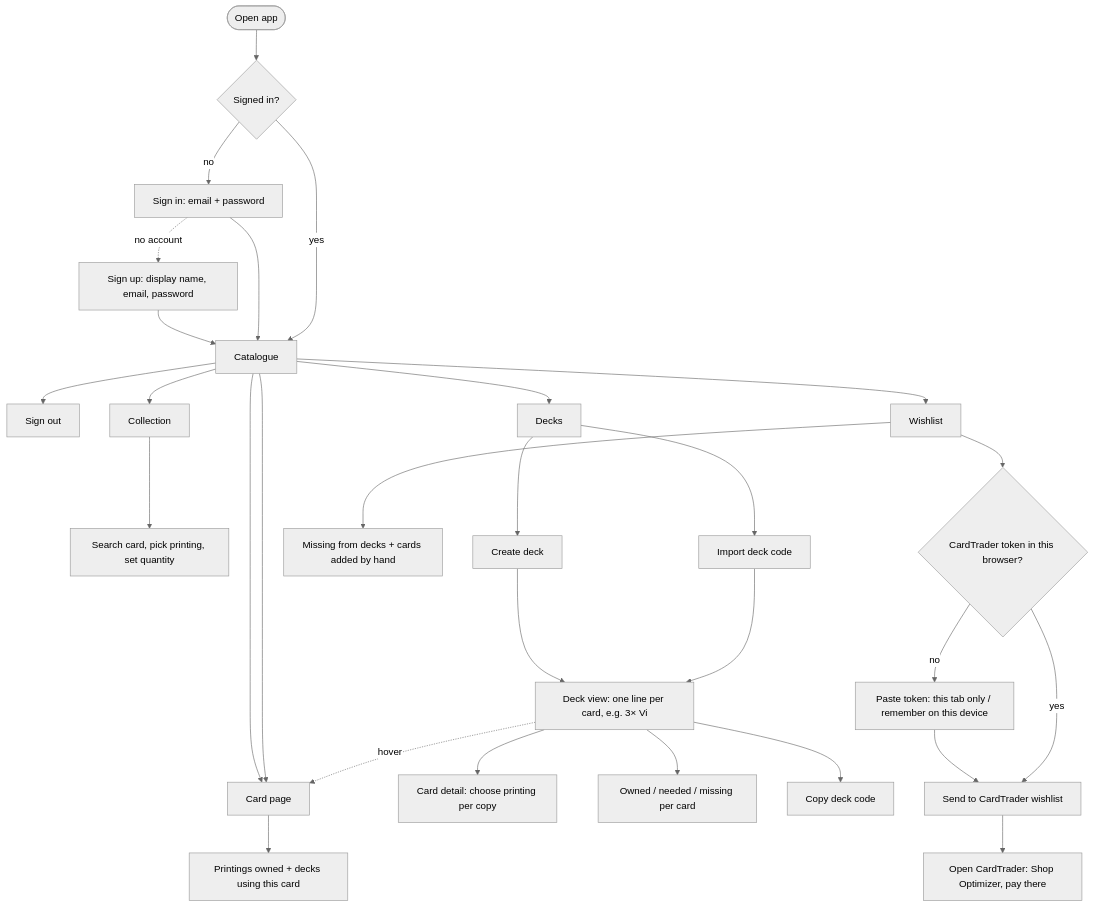
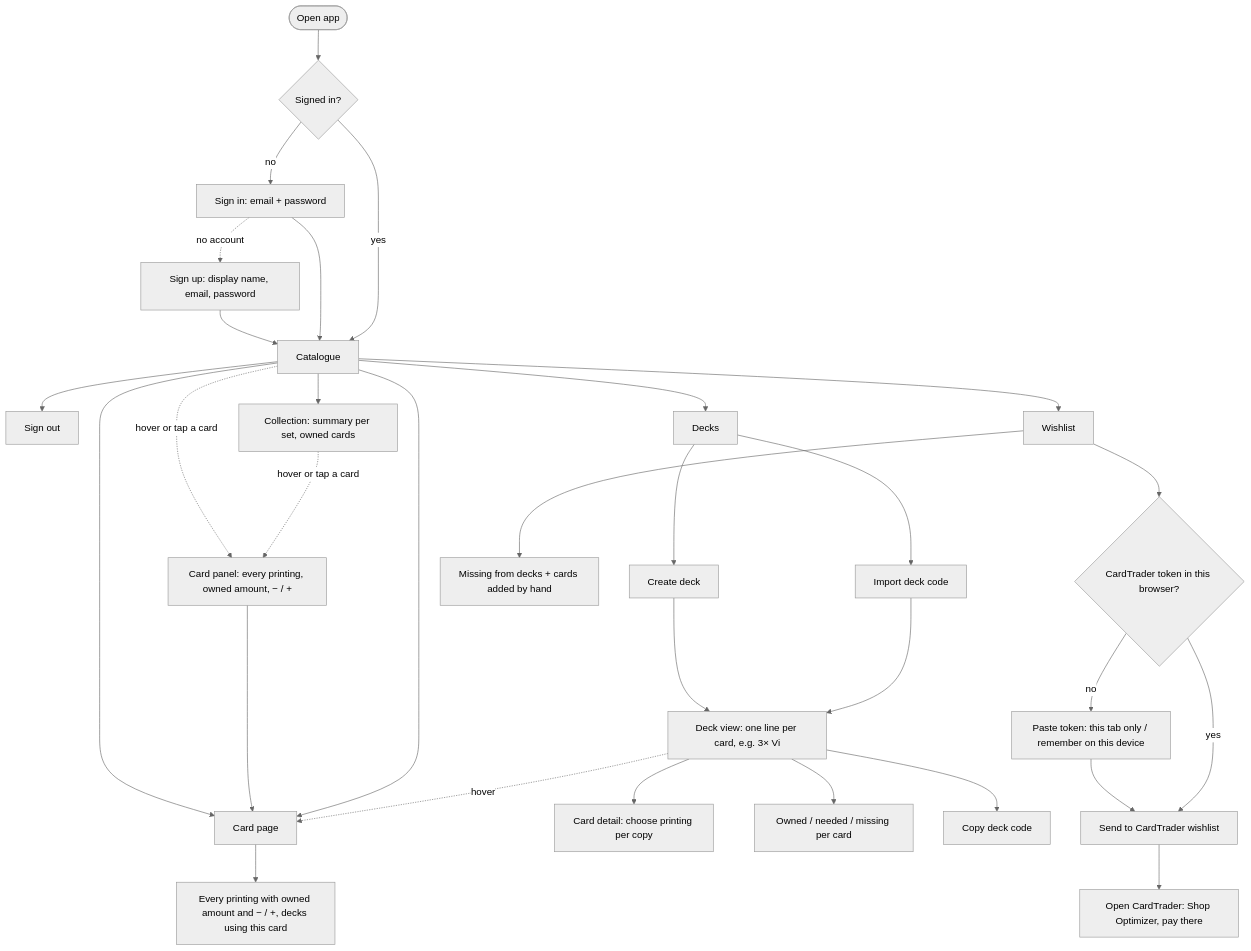
One commit to NichAnti/runebinder changed the diagram in docs/01-user-flows.md. Above: the diagram before and after it, drawn with Mermaid (neutral theme). The commit also changed other lines of this file and 2 other files, not shown here.

Commit message:
Plan Phase 6: collection, card panel and collection page

````diff
--- a/docs/01-user-flows.md
+++ b/docs/01-user-flows.md
@@ -5,36 +5,38 @@
 ```mermaid
 flowchart TD
   Start([Open app]) --> SignedIn{Signed in?}
   SignedIn -- no --> SignIn[Sign in: email + password]
   SignIn -. no account .-> SignUp[Sign up: display name, email, password]
   SignUp --> Home
   SignIn --> Home
   SignedIn -- yes --> Home[Catalogue]
   Home --> SignOut[Sign out]
 
   Home --> CardPage
 
-  Home --> Collection[Collection]
-  Collection --> AddOwned[Search card, pick printing, set quantity]
+  Home --> Collection[Collection: summary per set, owned cards]
+  Home -. hover or tap a card .-> CardPanel[Card panel: every printing, owned amount, − / +]
+  Collection -. hover or tap a card .-> CardPanel
+  CardPanel --> CardPage
 
   Home --> Decks[Decks]
   Decks --> NewDeck[Create deck]
   Decks --> ImportDeck[Import deck code]
   NewDeck --> DeckView
   ImportDeck --> DeckView[Deck view: one line per card, e.g. 3× Vi]
   DeckView --> DeckCardDetail[Card detail: choose printing per copy]
   DeckView --> Status[Owned / needed / missing per card]
   DeckView --> ExportDeck[Copy deck code]
 
   Home --> CardPage[Card page]
   DeckView -. hover .-> CardPage
-  CardPage --> CardInfo[Printings owned + decks using this card]
+  CardPage --> CardInfo[Every printing with owned amount and − / +, decks using this card]
 
   Home --> Wishlist[Wishlist]
   Wishlist --> WishlistContent[Missing from decks + cards added by hand]
   Wishlist --> Send{CardTrader token in this browser?}
   Send -- no --> PasteToken[Paste token: this tab only / remember on this device]
   PasteToken --> Push
   Send -- yes --> Push[Send to CardTrader wishlist]
   Push --> CardTrader[Open CardTrader: Shop Optimizer, pay there]
 ```
````
